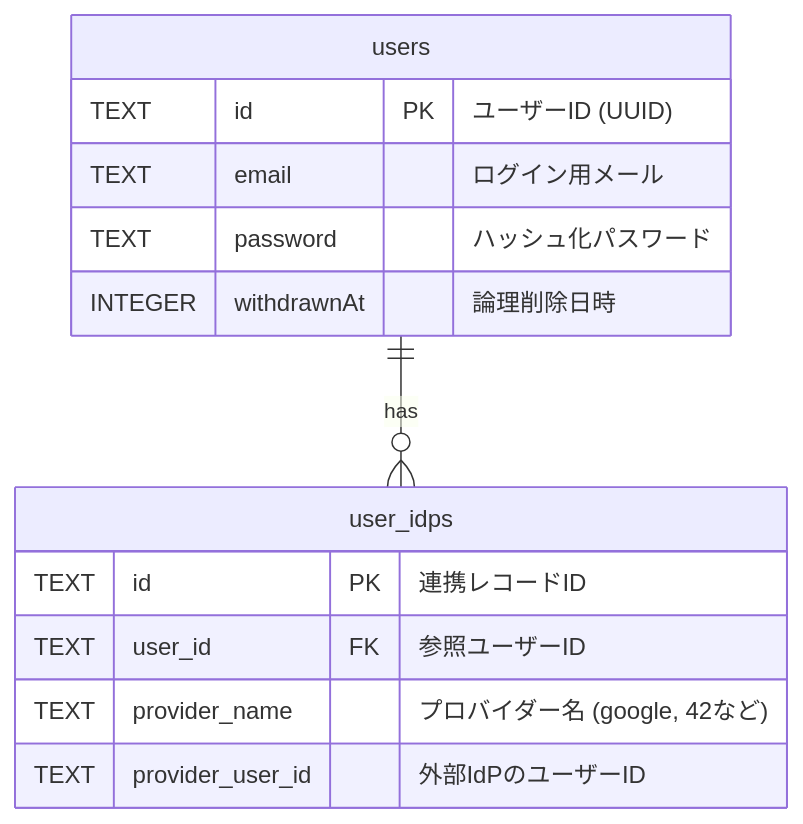
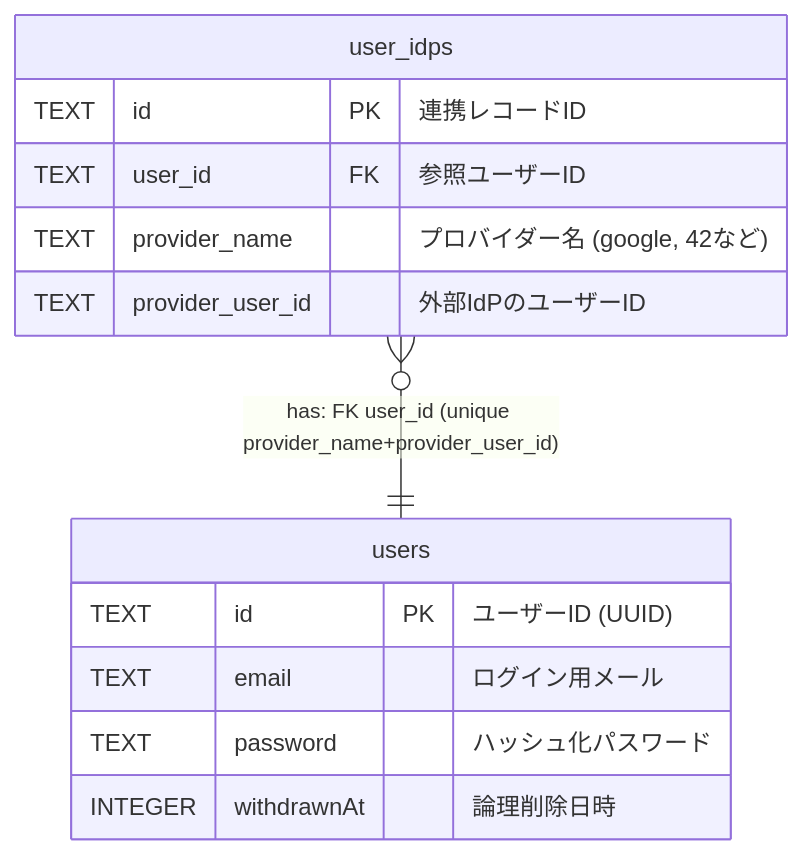
Before and after one commit to shonakam/ft_transcendence: the diagram in doc/data-structure.md, drawn with Mermaid. The commit also changed other lines of this file and 2 other files, not shown here.

````diff
--- a/doc/data-structure.md
+++ b/doc/data-structure.md
@@ -29,18 +36,19 @@
 ```mermaid
 erDiagram
-    users ||--o{ user_idps : "has"
+    user_idps }o--|| users :  "has: FK user_id (unique provider_name+provider_user_id)"
 
     users {
         TEXT id PK "ユーザーID (UUID)"
         TEXT email "ログイン用メール"
         TEXT password "ハッシュ化パスワード"
         INTEGER withdrawnAt "論理削除日時"
     }
 
     user_idps {
         TEXT id PK "連携レコードID"
         TEXT user_id FK "参照ユーザーID"
         TEXT provider_name "プロバイダー名 (google, 42など)"
         TEXT provider_user_id "外部IdPのユーザーID"
     }
+
 ```
````
